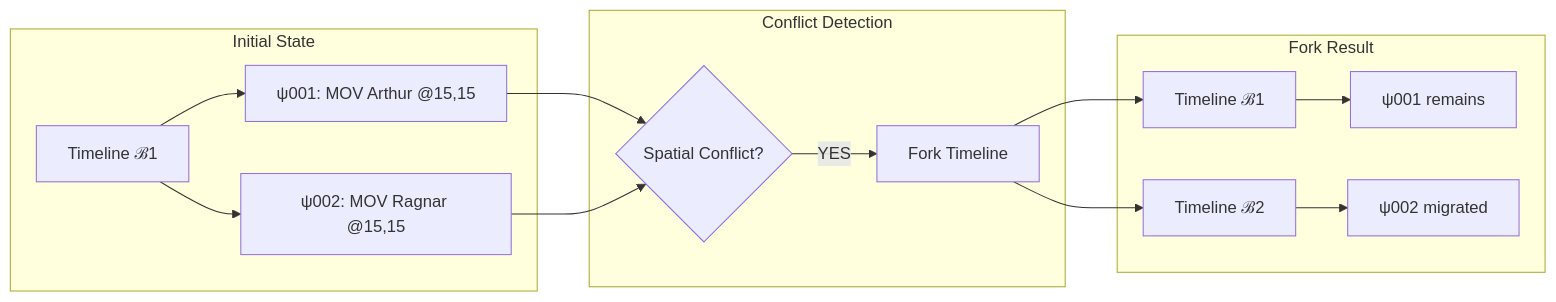
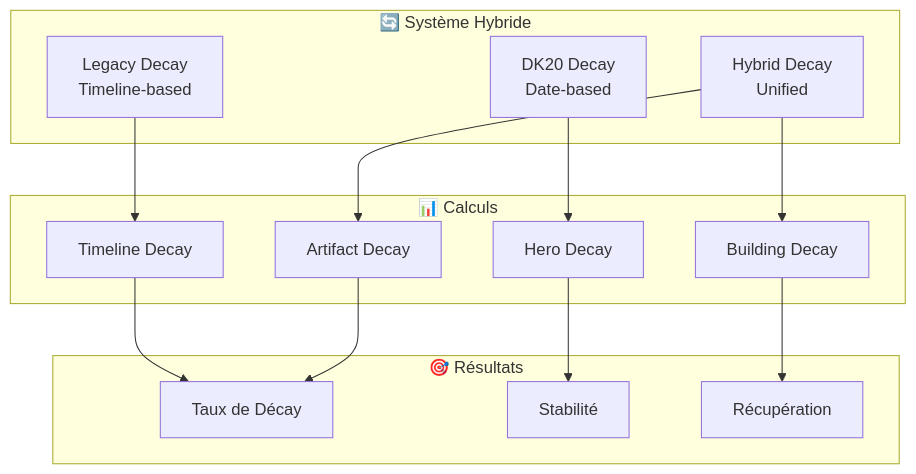
Before and after one commit to V0OgZ/fullstack-project: the fourth of 10 diagrams in docs/ARCHITECTURE_DIAGRAMS.md, drawn with Mermaid. The commit also changed other lines of this file and 96 other files, not shown here.

````diff
--- a/docs/ARCHITECTURE_DIAGRAMS.md
+++ b/docs/ARCHITECTURE_DIAGRAMS.md
@@ -192,23 +193,31 @@
 ```mermaid
-graph LR
-    subgraph "Initial State"
-        T1[Timeline ℬ1]
-        T1 --> PSI1[ψ001: MOV Arthur @15,15]
-        T1 --> PSI2[ψ002: MOV Ragnar @15,15]
+graph TB
+    subgraph "🔄 Système Hybride"
+        LEGACY[Legacy Decay<br/>Timeline-based]
+        DK20[DK20 Decay<br/>Date-based]
+        HYBRID[Hybrid Decay<br/>Unified]
     end
     
-    subgraph "Conflict Detection"
-        DETECT{Spatial Conflict?}
-        PSI1 --> DETECT
-        PSI2 --> DETECT
-        DETECT -->|YES| FORK
+    subgraph "📊 Calculs"
+        TIMELINE[Timeline Decay]
+        HERO[Hero Decay]
+        BUILDING[Building Decay]
+        ARTIFACT[Artifact Decay]
     end
     
-    subgraph "Fork Result"
-        FORK[Fork Timeline]
-        FORK --> T1B[Timeline ℬ1]
-        FORK --> T2[Timeline ℬ2]
-        T1B --> PSI1B[ψ001 remains]
-        T2 --> PSI2B[ψ002 migrated]
+    subgraph "🎯 Résultats"
+        DECAY_RATE[Taux de Décay]
+        STABILITY[Stabilité]
+        RECOVERY[Récupération]
     end
+    
+    LEGACY --> TIMELINE
+    DK20 --> HERO
+    HYBRID --> BUILDING
+    HYBRID --> ARTIFACT
+    
+    TIMELINE --> DECAY_RATE
+    HERO --> STABILITY
+    BUILDING --> RECOVERY
+    ARTIFACT --> DECAY_RATE
 ```
````
